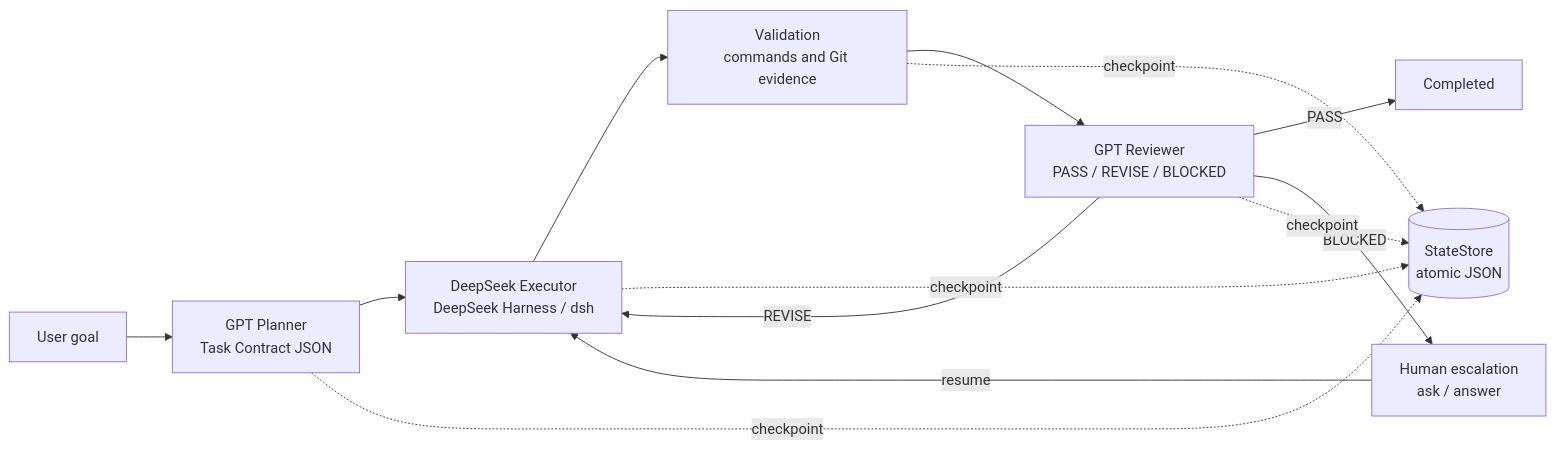
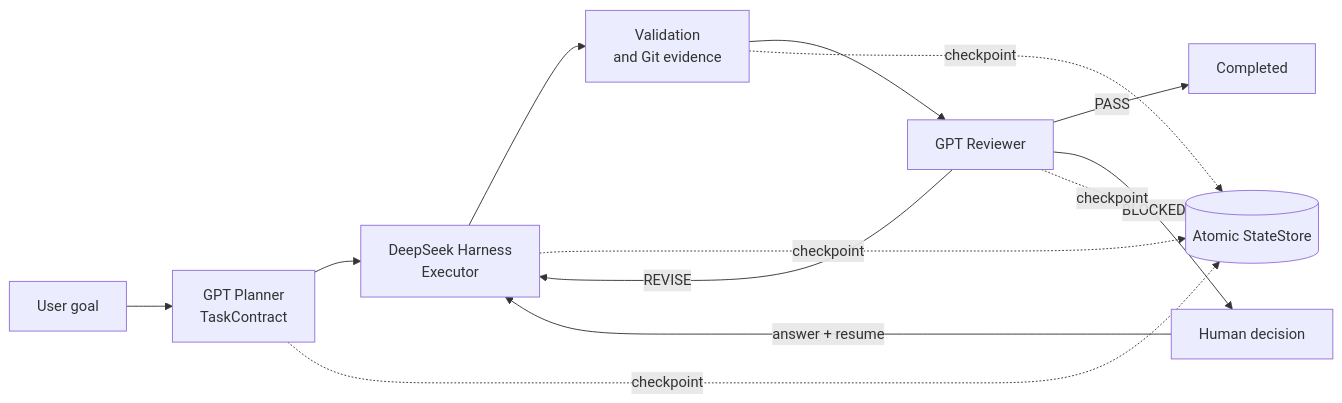
One commit to a176073240-cmd/gpt-deepseek-v1-orchestrator changed the diagram in README.md. Above: the diagram before and after it, drawn with Mermaid. The commit also changed other lines of this file and 6 other files, not shown here.

````diff
--- a/README.md
+++ b/README.md
@@ -9,15 +34,15 @@
-```mermaid
+~~~mermaid
 flowchart LR
-    U[User goal] --> P[GPT Planner<br/>Task Contract JSON]
-    P --> E[DeepSeek Executor<br/>DeepSeek Harness / dsh]
-    E --> V[Validation<br/>commands and Git evidence]
-    V --> R[GPT Reviewer<br/>PASS / REVISE / BLOCKED]
+    U[User goal] --> P[GPT Planner<br/>TaskContract]
+    P --> E[DeepSeek Harness<br/>Executor]
+    E --> V[Validation<br/>and Git evidence]
+    V --> R[GPT Reviewer]
     R -->|REVISE| E
     R -->|PASS| C[Completed]
-    R -->|BLOCKED| H[Human escalation<br/>ask / answer]
-    H -->|resume| E
-    P -. checkpoint .-> S[(StateStore<br/>atomic JSON)]
+    R -->|BLOCKED| H[Human decision]
+    H -->|answer + resume| E
+    P -. checkpoint .-> S[(Atomic StateStore)]
     E -. checkpoint .-> S
     V -. checkpoint .-> S
     R -. checkpoint .-> S
-```
+~~~
````
